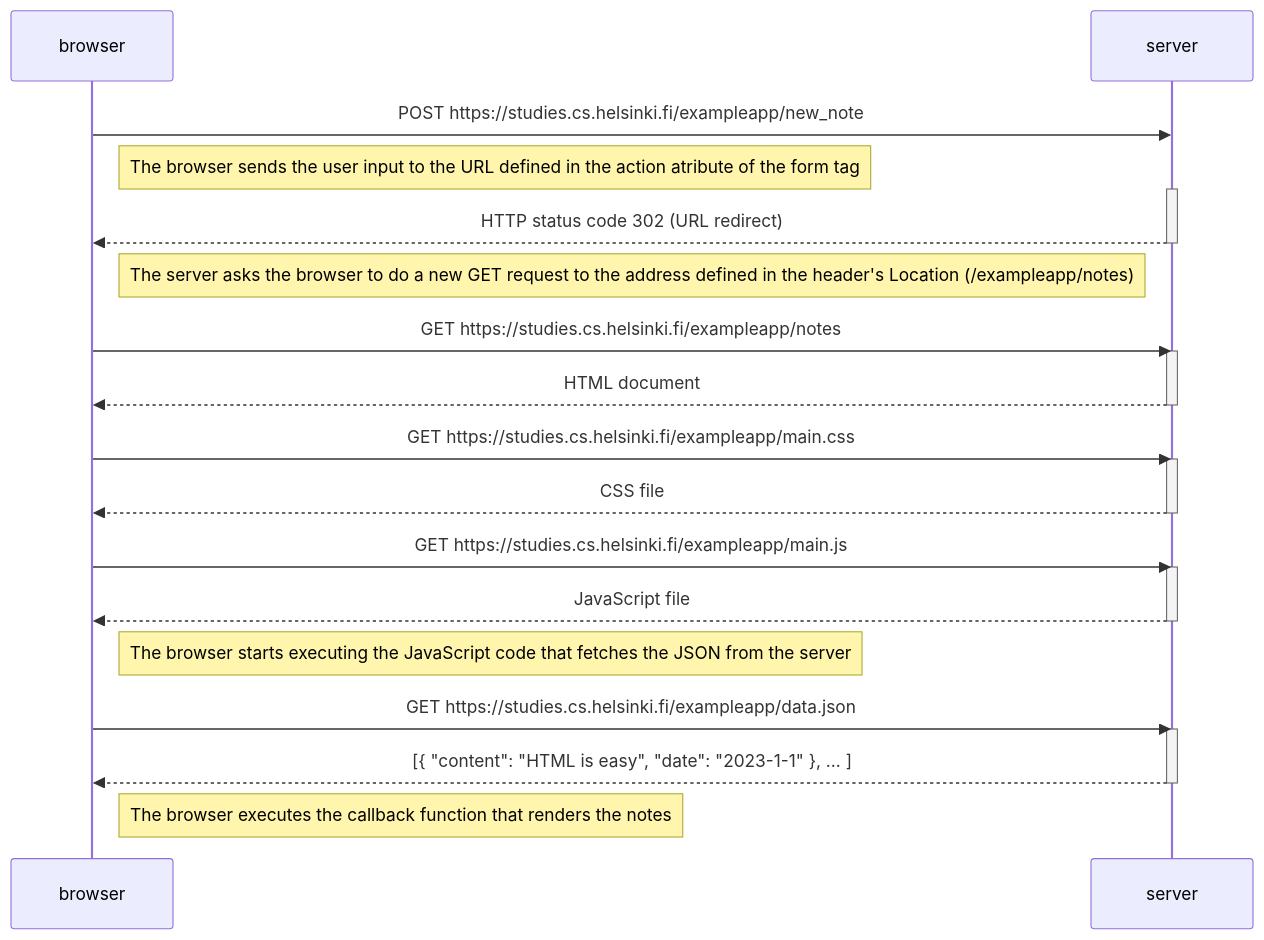
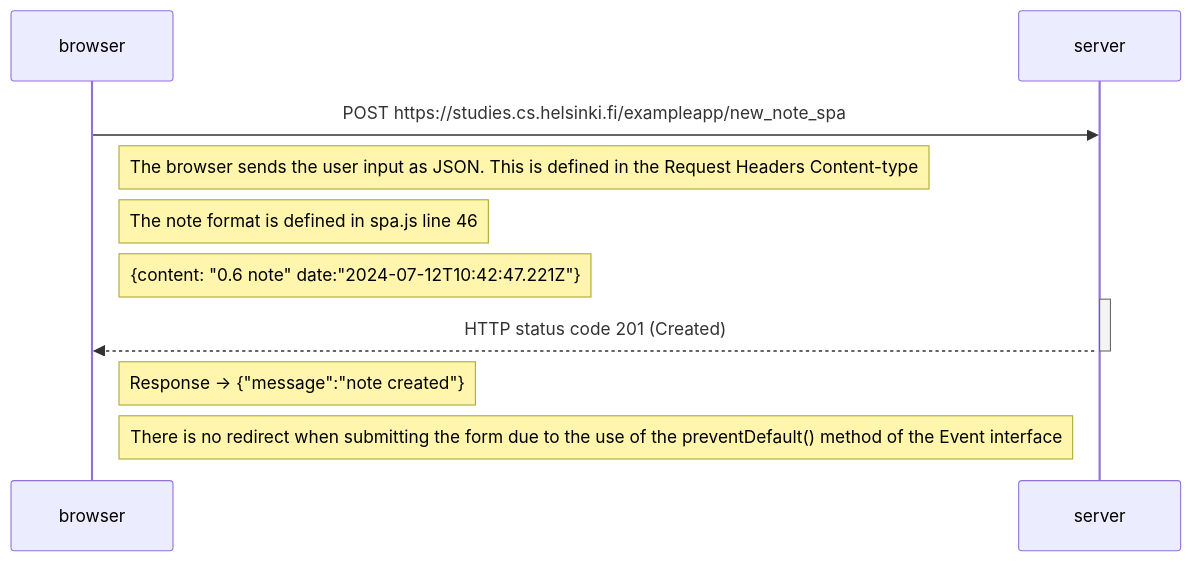
One commit to codesaure/full-stack-web-development changed the diagram in part0/0.6 New note in Single page app diagram.md. Above: the diagram before and after it, drawn with Mermaid. The commit also changed 2 other files, not shown here.

Commit message:
Finished Part 0 Diagram Exercises

````diff
--- a/part0/0.6 New note in Single page app diagram.md
+++ b/part0/0.6 New note in Single page app diagram.md
@@ -4,37 +4,16 @@
 ```mermaid
 sequenceDiagram
     participant browser
     participant server
 
-    browser->>server: POST https://studies.cs.helsinki.fi/exampleapp/new_note
-    Note right of browser: The browser sends the user input to the URL defined in the action atribute of the form tag
+    browser->>server: POST https://studies.cs.helsinki.fi/exampleapp/new_note_spa
+    Note right of browser: The browser sends the user input as JSON. This is defined in the Request Headers Content-type
+    Note right of browser: The note format is defined in spa.js line 46
     activate server
-    server-->>browser: HTTP status code 302 (URL redirect)
+    Note right of browser: {content: "0.6 note" date:"2024-07-12T10:42:47.221Z"}
+    activate server
+    server-->>browser: HTTP status code 201 (Created)
     deactivate server
-    Note left of server: The server asks the browser to do a new GET request to the address defined in the header's Location (/exampleapp/notes)
-    
-
-    browser->>server: GET https://studies.cs.helsinki.fi/exampleapp/notes
-    activate server
-    server-->>browser: HTML document
-    deactivate server
-
-    browser->>server: GET https://studies.cs.helsinki.fi/exampleapp/main.css
-    activate server
-    server-->>browser: CSS file
-    deactivate server
-
-    browser->>server: GET https://studies.cs.helsinki.fi/exampleapp/main.js
-    activate server
-    server-->>browser: JavaScript file
-    deactivate server
-
-    Note right of browser: The browser starts executing the JavaScript code that fetches the JSON from the server
-
-    browser->>server: GET https://studies.cs.helsinki.fi/exampleapp/data.json
-    activate server
-    server-->>browser: [{ "content": "HTML is easy", "date": "2023-1-1" }, ... ]
-    deactivate server
-
-    Note right of browser: The browser executes the callback function that renders the notes
+    Note right of browser: Response -> {"message":"note created"}
+    Note right of browser: There is no redirect when submitting the form due to the use of the preventDefault() method of the Event interface
 ```
````
